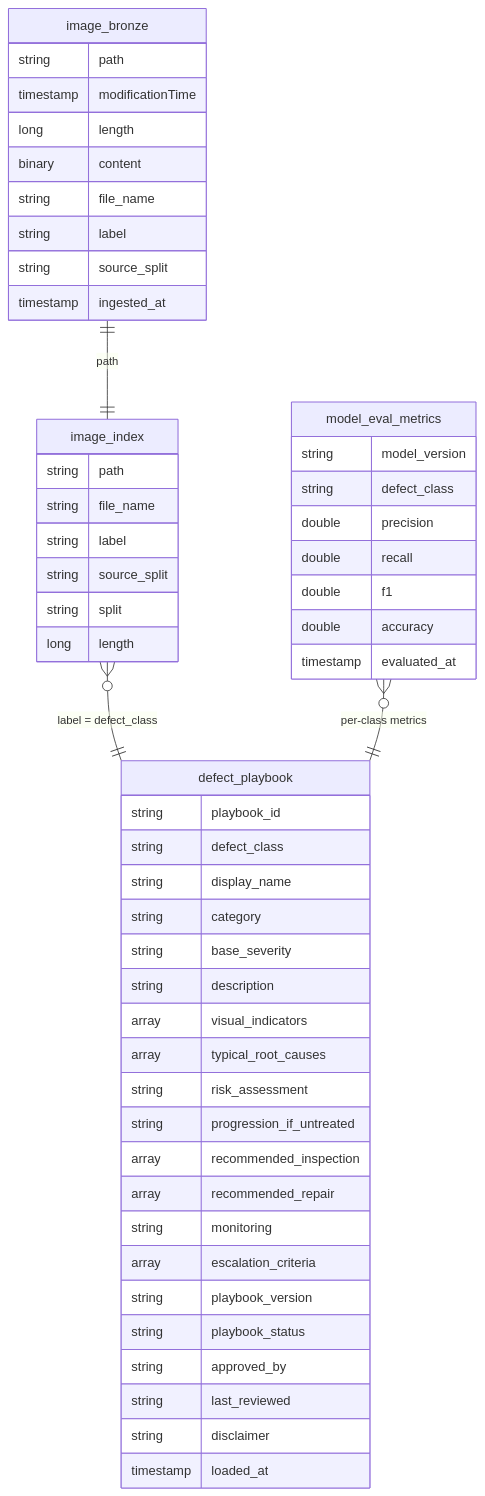
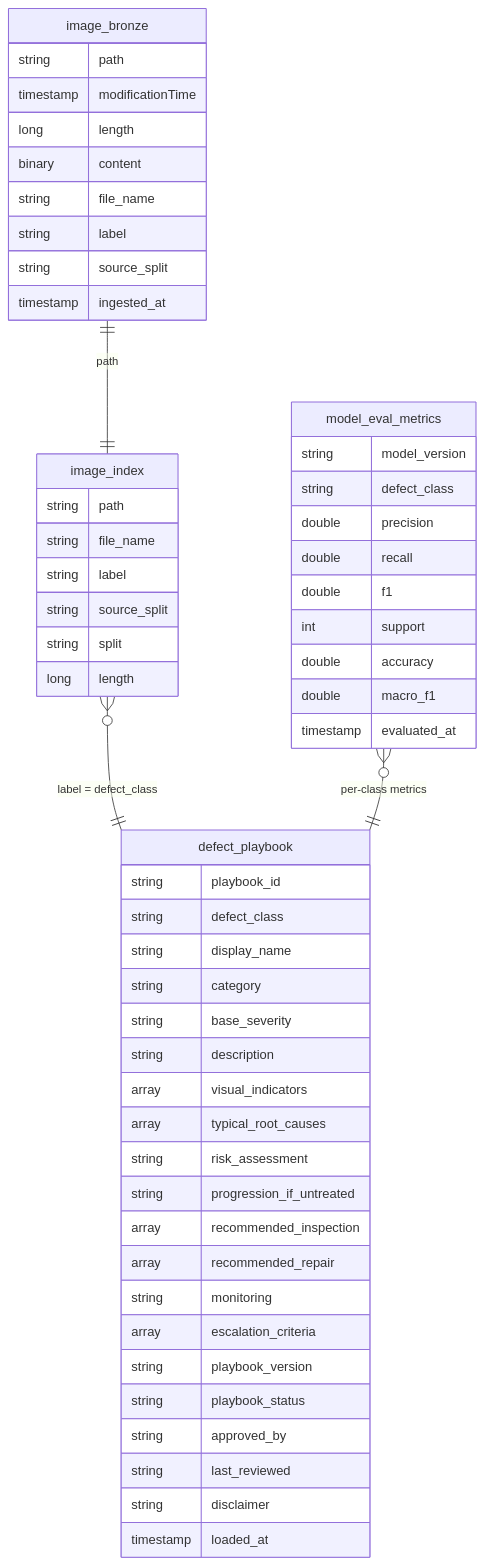
The fourth of 4 diagrams in e2e_industry_solutions/metal_surface_defect_diagnostics/ARCHITECTURE.md (jose-alberto-salazar-jimenez/databricks_demos), drawn with Mermaid before and after one commit. The commit also changed other lines of this file and 9 other files, not shown here.

````diff
--- a/e2e_industry_solutions/metal_surface_defect_diagnostics/ARCHITECTURE.md
+++ b/e2e_industry_solutions/metal_surface_defect_diagnostics/ARCHITECTURE.md
@@ -178,55 +223,57 @@
 ```mermaid
 erDiagram
   image_bronze ||--|| image_index : "path"
   image_index }o--|| defect_playbook : "label = defect_class"
   model_eval_metrics }o--|| defect_playbook : "per-class metrics"
   image_bronze {
     string path
     timestamp modificationTime
     long length
     binary content
     string file_name
     string label
     string source_split
     timestamp ingested_at
   }
   image_index {
     string path
     string file_name
     string label
     string source_split
     string split
     long length
   }
   defect_playbook {
     string playbook_id
     string defect_class
     string display_name
     string category
     string base_severity
     string description
     array visual_indicators
     array typical_root_causes
     string risk_assessment
     string progression_if_untreated
     array recommended_inspection
     array recommended_repair
     string monitoring
     array escalation_criteria
     string playbook_version
     string playbook_status
     string approved_by
     string last_reviewed
     string disclaimer
     timestamp loaded_at
   }
   model_eval_metrics {
     string model_version
     string defect_class
     double precision
     double recall
     double f1
+    int support
     double accuracy
+    double macro_f1
     timestamp evaluated_at
   }
 ```
````
